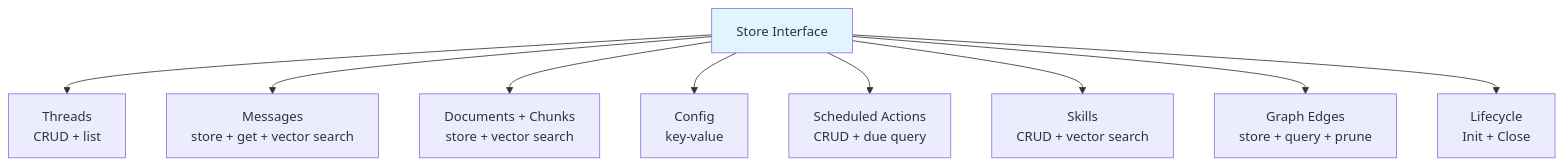
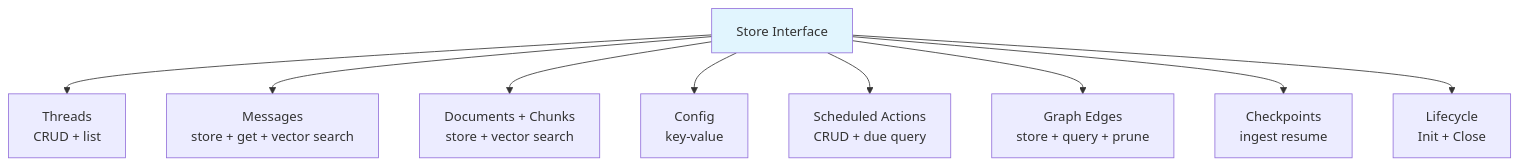
The diagram in docs/concepts/store.md (nevindra/oasis), drawn with Mermaid before and after one commit. The commit also changed other lines of this file and 19 other files, not shown here.

````diff
--- a/docs/concepts/store.md
+++ b/docs/concepts/store.md
@@ -11,14 +11,14 @@
 ```mermaid
 graph TB
     STORE[Store Interface]
     STORE --> THREADS[Threads<br>CRUD + list]
     STORE --> MSGS[Messages<br>store + get + vector search]
     STORE --> DOCS[Documents + Chunks<br>store + vector search]
     STORE --> CONFIG[Config<br>key-value]
     STORE --> SCHED[Scheduled Actions<br>CRUD + due query]
-    STORE --> SKILLS[Skills<br>CRUD + vector search]
     STORE --> GRAPH[Graph Edges<br>store + query + prune]
+    STORE --> CKPT[Checkpoints<br>ingest resume]
     STORE --> LIFE[Lifecycle<br>Init + Close]
 
     style STORE fill:#e1f5fe
 ```
````
